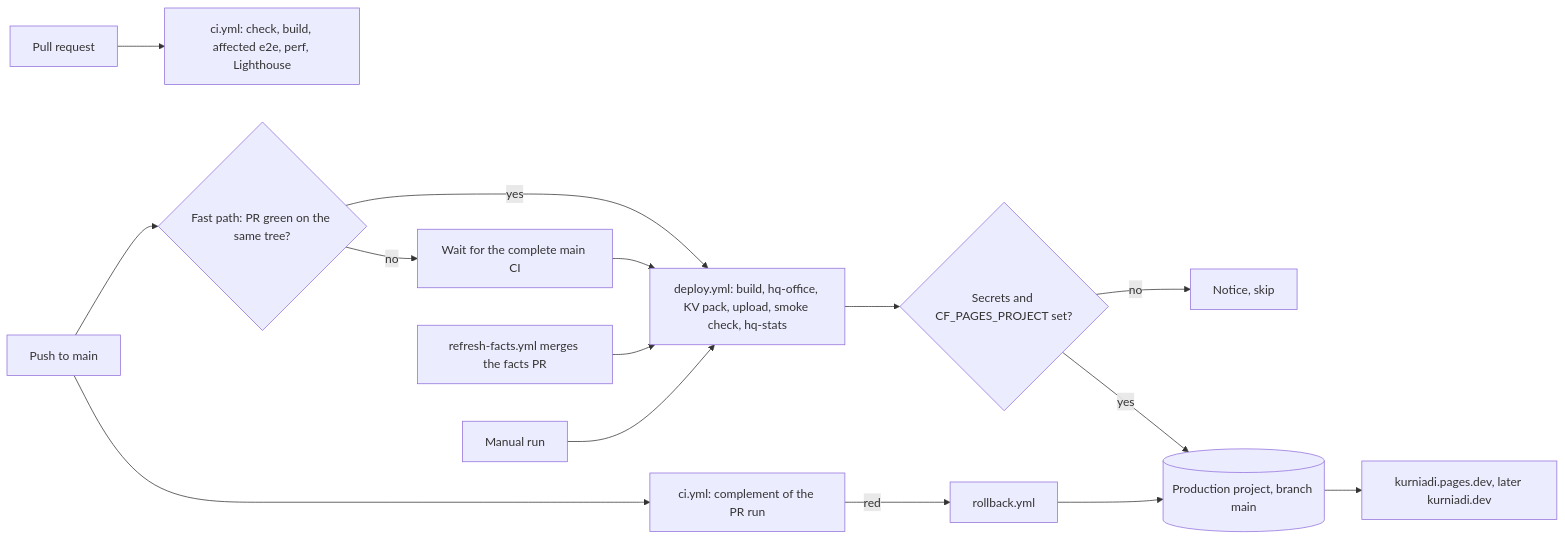
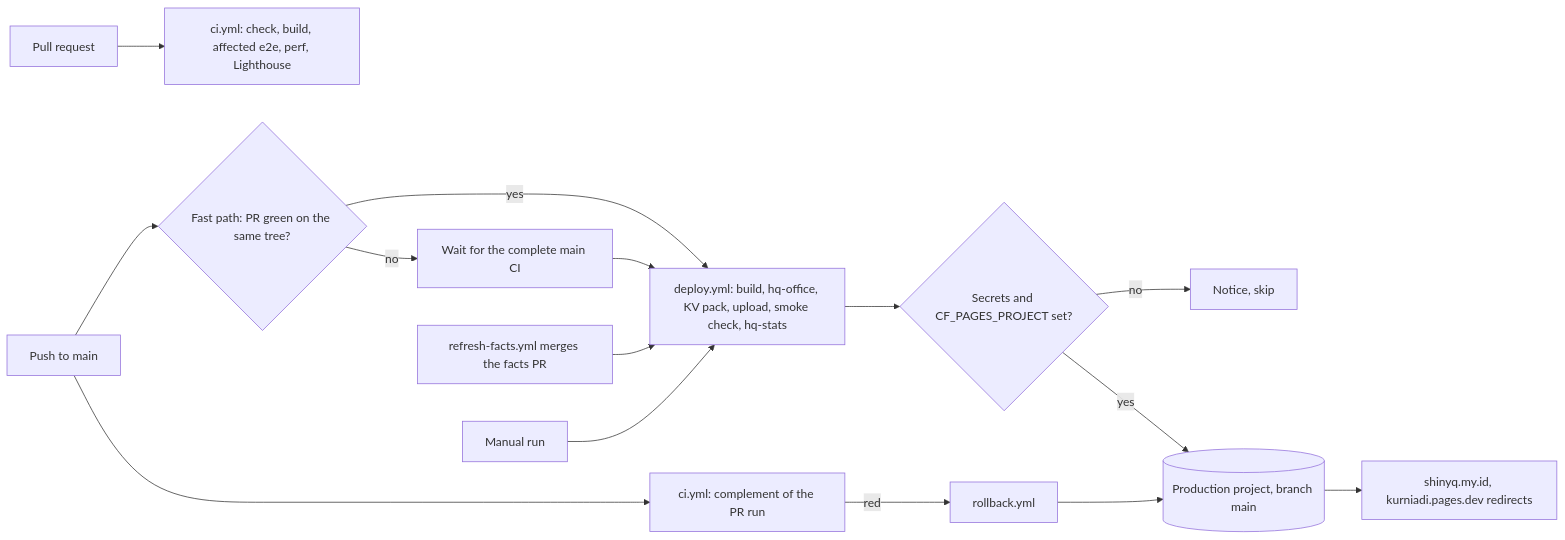
The diagram in docs/deploy.md (ShinyQ/ShinyQ-HQ), drawn with Mermaid before and after one commit. The commit also changed other lines of this file and 12 other files, not shown here.

````diff
--- a/docs/deploy.md
+++ b/docs/deploy.md
@@ -68,16 +68,16 @@
 ```mermaid
 flowchart LR
   PR[Pull request] --> CI[ci.yml: check, build, affected e2e, perf, Lighthouse]
   M[Push to main] --> CI2[ci.yml: complement of the PR run]
   M --> F{Fast path: PR green on the same tree?}
   F -- yes --> D[deploy.yml: build, hq-office, KV pack, upload, smoke check, hq-stats]
   F -- no --> C[Wait for the complete main CI] --> D
   CI2 -- red --> R[rollback.yml]
   W[refresh-facts.yml merges the facts PR] --> D
   H[Manual run] --> D
   D --> G{Secrets and CF_PAGES_PROJECT set?}
   G -- no --> S[Notice, skip]
   G -- yes --> P[(Production project, branch main)]
   R --> P
-  P --> U[kurniadi.pages.dev, later kurniadi.dev]
+  P --> U[shinyq.my.id, kurniadi.pages.dev redirects]
 ```
````
